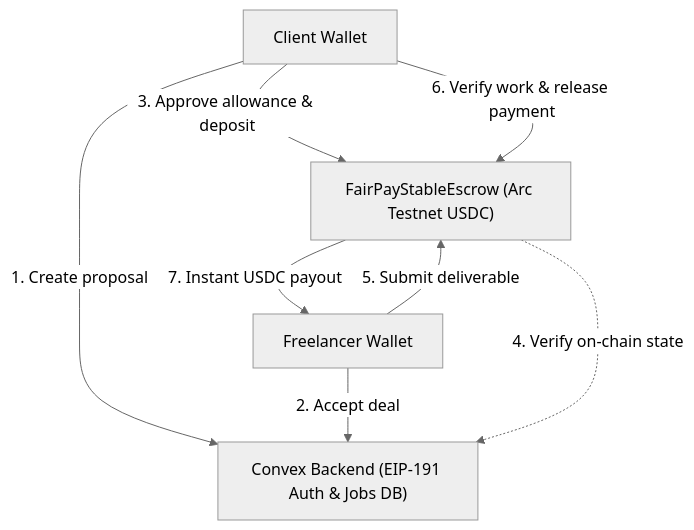
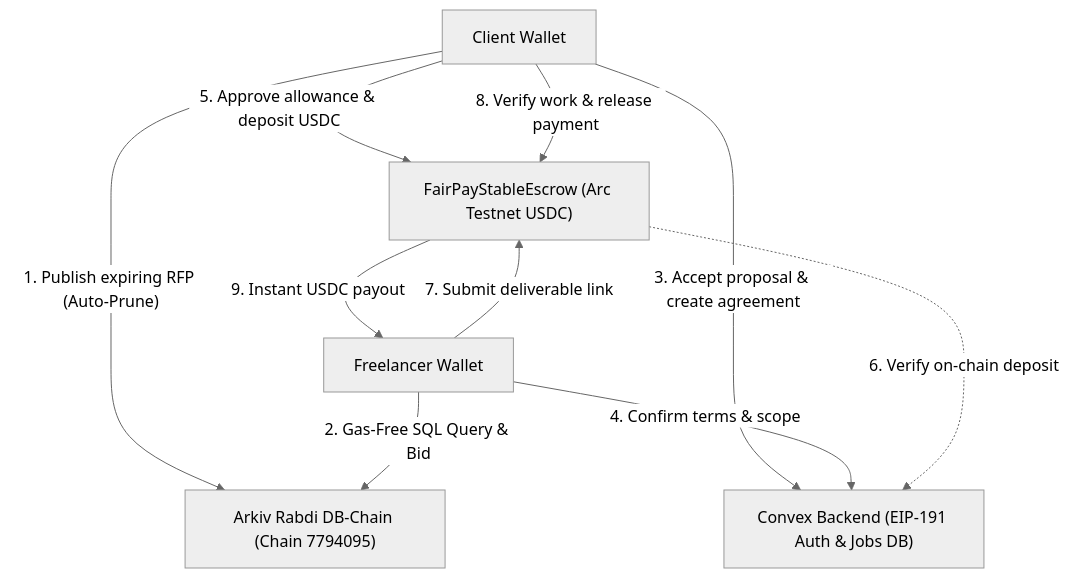
Before and after one commit to ritesh-sinha29/FairPay: the first of 2 diagrams in README.md, drawn with Mermaid (neutral theme). The commit also changed other lines of this file and 5 other files, not shown here.

Commit message:
feat: add Arkiv DB-Chain integration for auto-expiring RFPs and documentation

````diff
--- a/README.md
+++ b/README.md
@@ -80,15 +85,18 @@
 ```mermaid
 flowchart TD
     Client["Client Wallet"]
     Freelancer["Freelancer Wallet"]
+    Arkiv["Arkiv Rabdi DB-Chain (Chain 7794095)"]
     Convex["Convex Backend (EIP-191 Auth & Jobs DB)"]
     Escrow["FairPayStableEscrow (Arc Testnet USDC)"]
 
-    Client -->|"1. Create proposal"| Convex
-    Freelancer -->|"2. Accept deal"| Convex
-    Client -->|"3. Approve allowance & deposit"| Escrow
-    Escrow -.->|"4. Verify on-chain state"| Convex
-    Freelancer -->|"5. Submit deliverable"| Escrow
-    Client -->|"6. Verify work & release payment"| Escrow
-    Escrow -->|"7. Instant USDC payout"| Freelancer
+    Client -->|"1. Publish expiring RFP (Auto-Prune)"| Arkiv
+    Freelancer -->|"2. Gas-Free SQL Query & Bid"| Arkiv
+    Client -->|"3. Accept proposal & create agreement"| Convex
+    Freelancer -->|"4. Confirm terms & scope"| Convex
+    Client -->|"5. Approve allowance & deposit USDC"| Escrow
+    Escrow -.->|"6. Verify on-chain deposit"| Convex
+    Freelancer -->|"7. Submit deliverable link"| Escrow
+    Client -->|"8. Verify work & release payment"| Escrow
+    Escrow -->|"9. Instant USDC payout"| Freelancer
 ```
````
